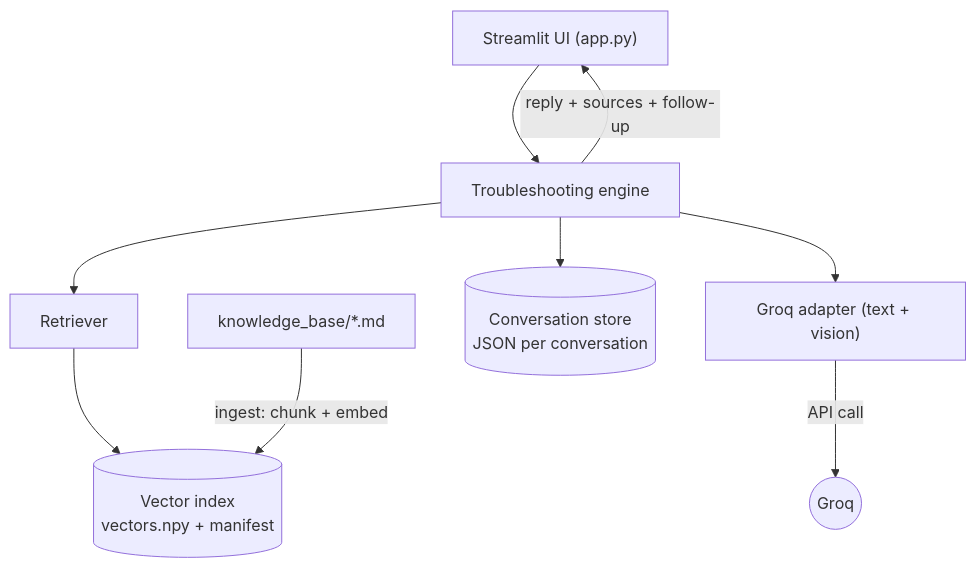
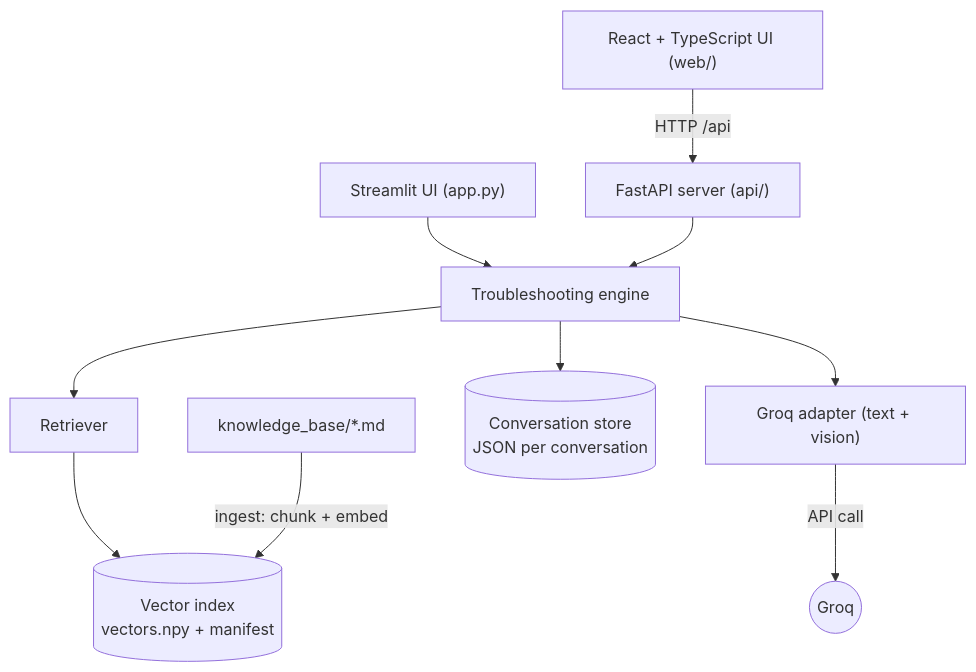
One commit to Shreypatel0909/PC-Sahayak changed the first of 3 diagrams in README.md. Above: the diagram before and after it, drawn with Mermaid. The commit also changed other lines of this file and 17 other files, not shown here.

````diff
--- a/README.md
+++ b/README.md
@@ -55,11 +78,12 @@
 ```mermaid
 flowchart TD
-    UI["Streamlit UI (app.py)"] --> ENG["Troubleshooting engine"]
+    WEB["React + TypeScript UI (web/)"] -->|HTTP /api| API["FastAPI server (api/)"]
+    ST["Streamlit UI (app.py)"] --> ENG
+    API --> ENG["Troubleshooting engine"]
     ENG --> RET["Retriever"]
     RET --> IDX[("Vector index<br/>vectors.npy + manifest")]
     ENG --> LLM["Groq adapter (text + vision)"]
     LLM -->|API call| GROQ(("Groq"))
     ENG --> STORE[("Conversation store<br/>JSON per conversation")]
     KB["knowledge_base/*.md"] -->|ingest: chunk + embed| IDX
-    ENG -->|reply + sources + follow-up| UI
 ```
````
